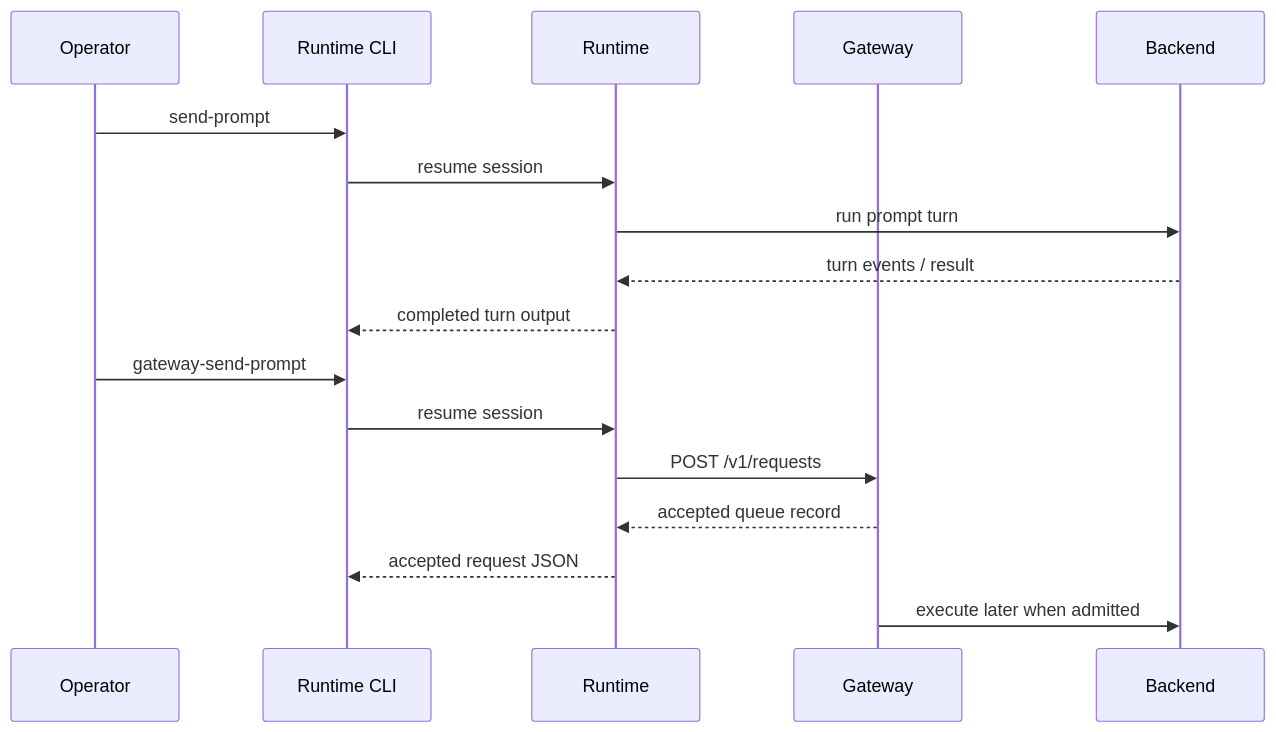
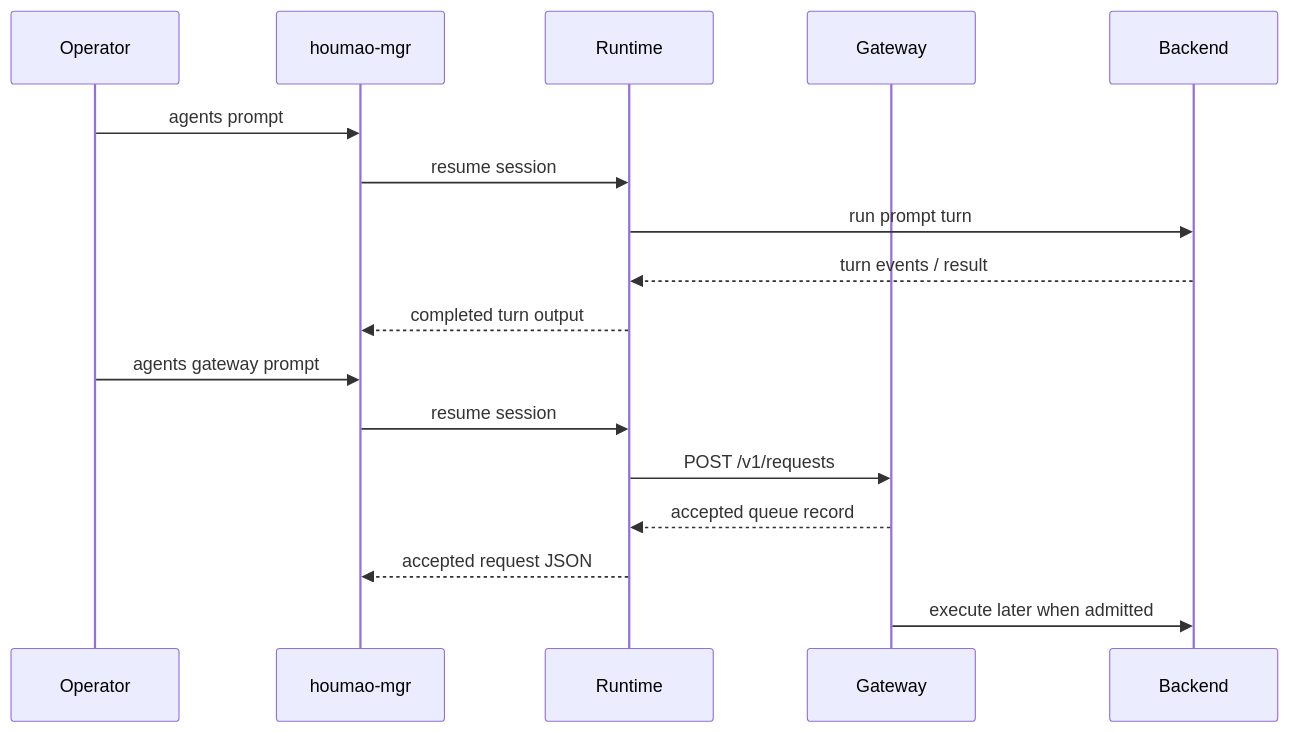
Before and after one commit to igamenovoer/houmao: the second of 2 diagrams in docs/reference/agents/operations/session-and-message-flows.md, drawn with Mermaid. The commit also changed other lines of this file and 17 other files, not shown here.

First line of the commit message:
docs: revise houmao-mgr docs to reflect current CLI surface

````diff
--- a/docs/reference/agents/operations/session-and-message-flows.md
+++ b/docs/reference/agents/operations/session-and-message-flows.md
@@ -87,19 +87,19 @@
 ```mermaid
 sequenceDiagram
     participant Op as Operator
-    participant CLI as Runtime CLI
+    participant CLI as houmao-mgr
     participant RT as Runtime
     participant GW as Gateway
     participant Be as Backend
-    Op->>CLI: send-prompt
+    Op->>CLI: agents prompt
     CLI->>RT: resume session
     RT->>Be: run prompt turn
     Be-->>RT: turn events / result
     RT-->>CLI: completed turn output
-    Op->>CLI: gateway-send-prompt
+    Op->>CLI: agents gateway prompt
     CLI->>RT: resume session
     RT->>GW: POST /v1/requests
     GW-->>RT: accepted queue record
     RT-->>CLI: accepted request JSON
     GW->>Be: execute later when admitted
 ```
````
